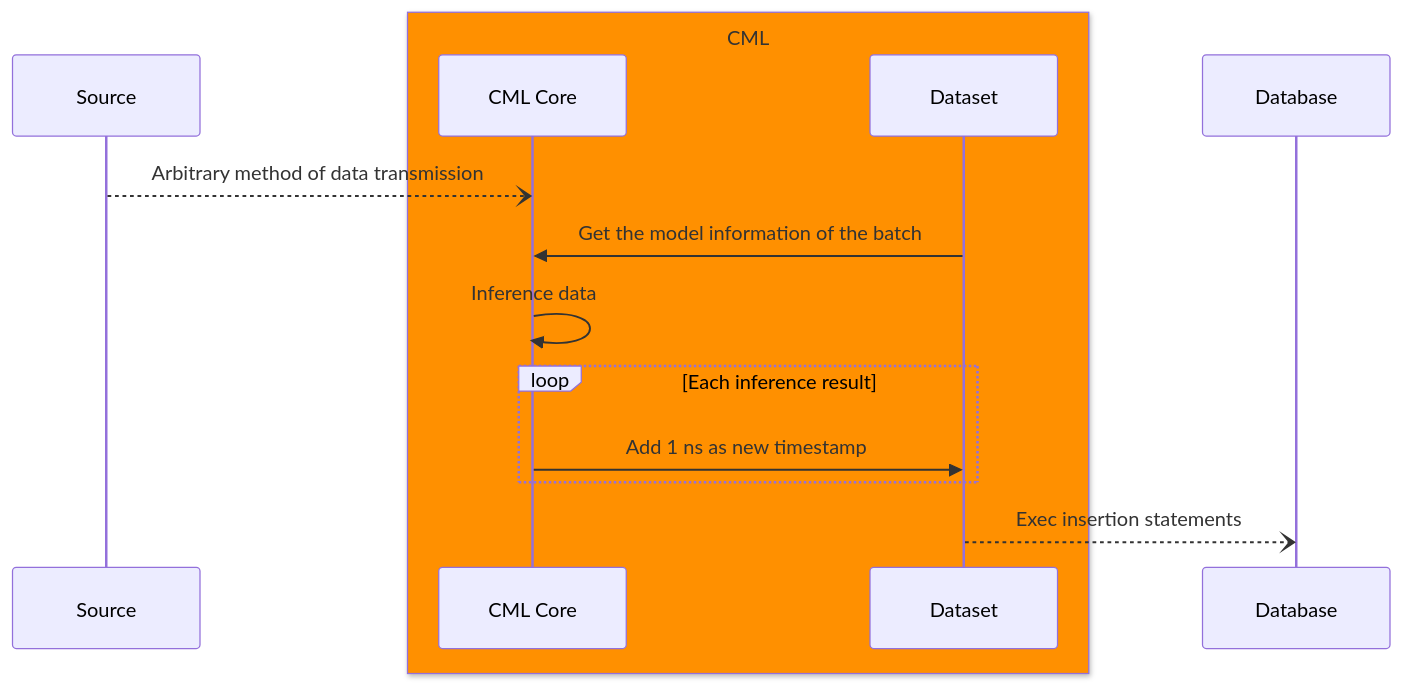
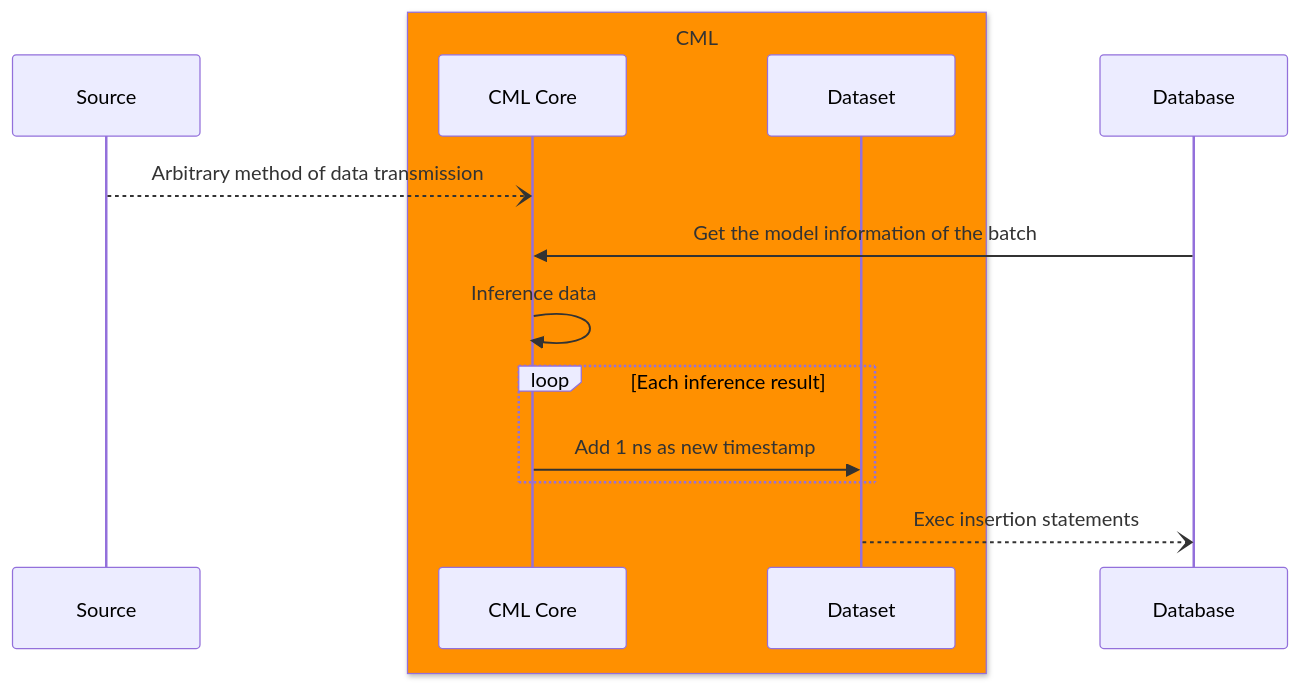
One commit to bioinformatist/cml changed the third of 3 diagrams in ARCHITECTURE.md. Above: the diagram before and after it, drawn with Mermaid. The commit also changed other lines of this file and 1 other file, not shown here.

First line of the commit message:
docs(inference): polish ARCHITECTURE.md

````diff
--- a/ARCHITECTURE.md
+++ b/ARCHITECTURE.md
@@ -136,15 +136,15 @@
 ```mermaid
 sequenceDiagram
     participant Source
     box rgb(255, 144, 0) CML
     participant CML Core
     participant Dataset
-    end 
+    end
     Source --) CML Core: Arbitrary method of data transmission
-    Dataset ->> CML Core : Get the model information of the batch
+    Database ->> CML Core : Get the model information of the batch
     CML Core ->> CML Core : Inference data
     loop Each inference result
         CML Core ->> Dataset: Add 1 ns as new timestamp
     end
     Dataset--)Database: Exec insertion statements
 ```
````
